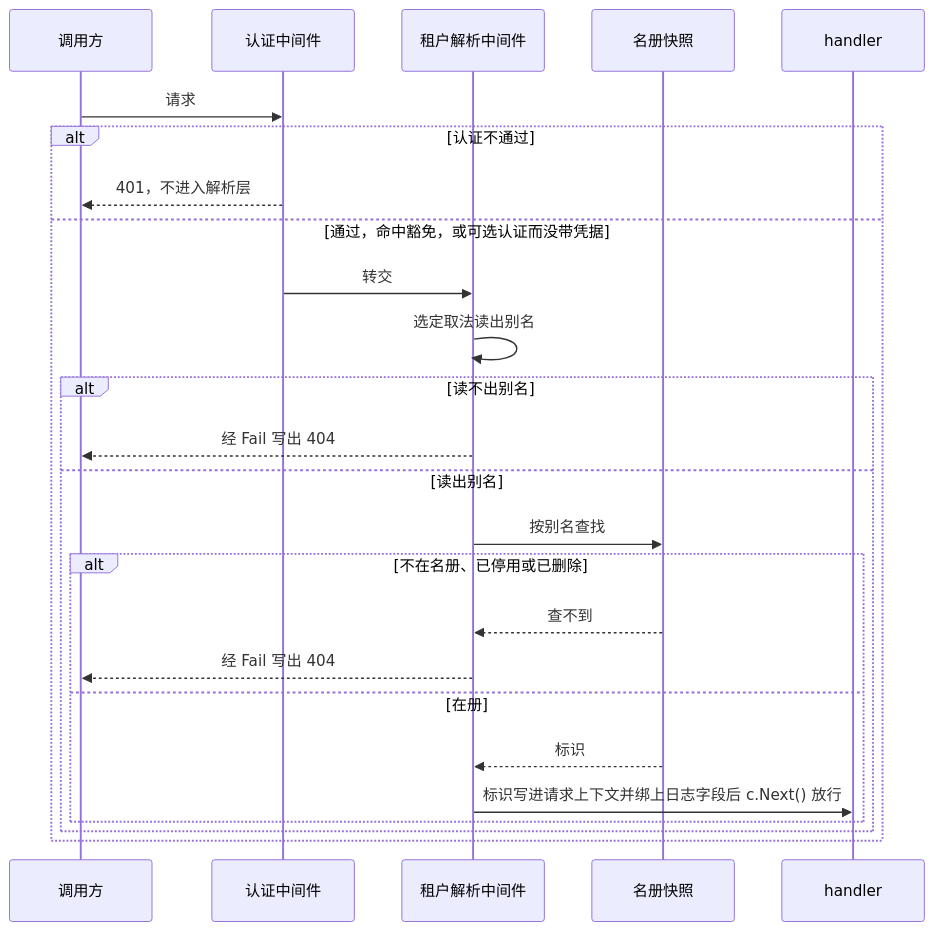
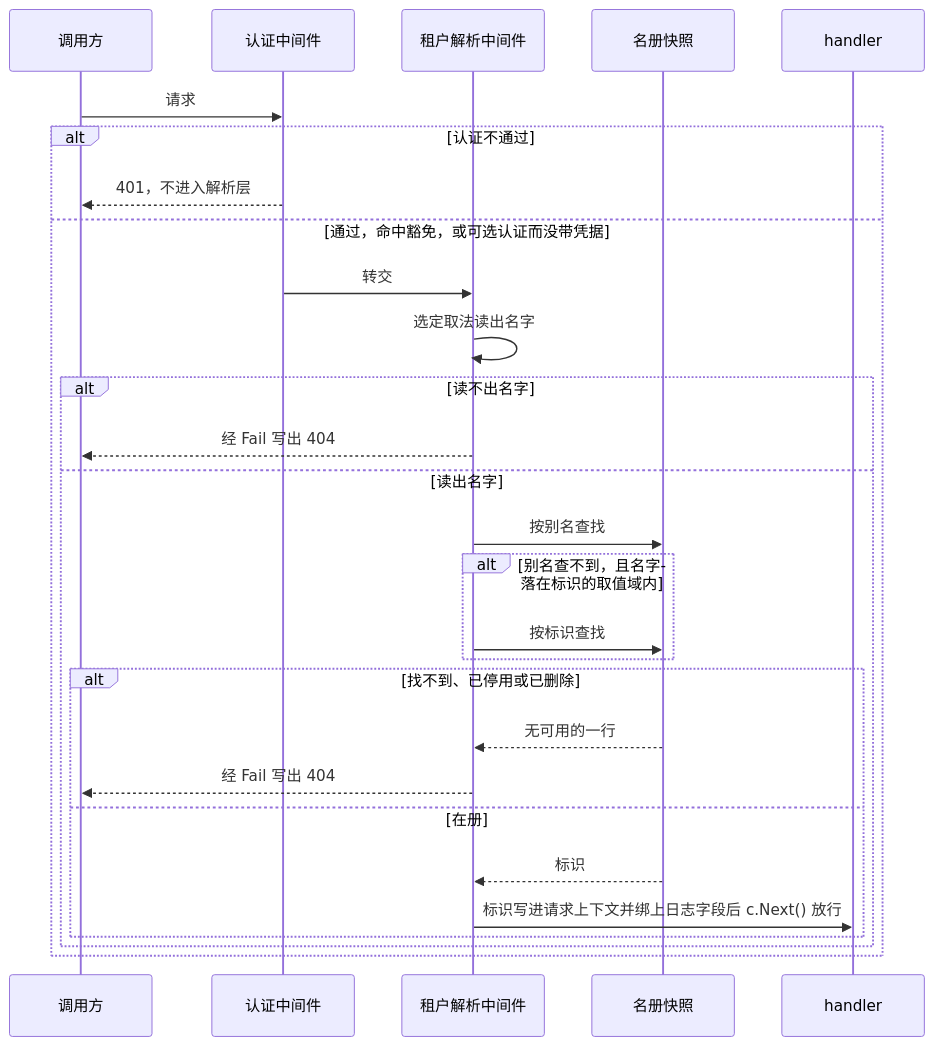
Before and after one commit to wangzw/speed: the second of 5 diagrams in docs/design/modules/tenant/design-tenant.md, drawn with Mermaid. The commit also changed other lines of this file and 58 other files, not shown here.

````diff
--- a/docs/design/modules/tenant/design-tenant.md
+++ b/docs/design/modules/tenant/design-tenant.md
@@ -567,28 +567,31 @@
 ```mermaid
 sequenceDiagram
     participant C as 调用方
     participant A as 认证中间件
     participant R as 租户解析中间件
     participant S as 名册快照
     participant H as handler
 
     C->>A: 请求
     alt 认证不通过
         A-->>C: 401，不进入解析层
     else 通过，命中豁免，或可选认证而没带凭据
         A->>R: 转交
-        R->>R: 选定取法读出别名
-        alt 读不出别名
+        R->>R: 选定取法读出名字
+        alt 读不出名字
             R-->>C: 经 Fail 写出 404
-        else 读出别名
+        else 读出名字
             R->>S: 按别名查找
-            alt 不在名册、已停用或已删除
-                S-->>R: 查不到
+            alt 别名查不到，且名字落在标识的取值域内
+                R->>S: 按标识查找
+            end
+            alt 找不到、已停用或已删除
+                S-->>R: 无可用的一行
                 R-->>C: 经 Fail 写出 404
             else 在册
                 S-->>R: 标识
                 R->>H: 标识写进请求上下文并绑上日志字段后 c.Next() 放行
             end
         end
     end
 ```
````
